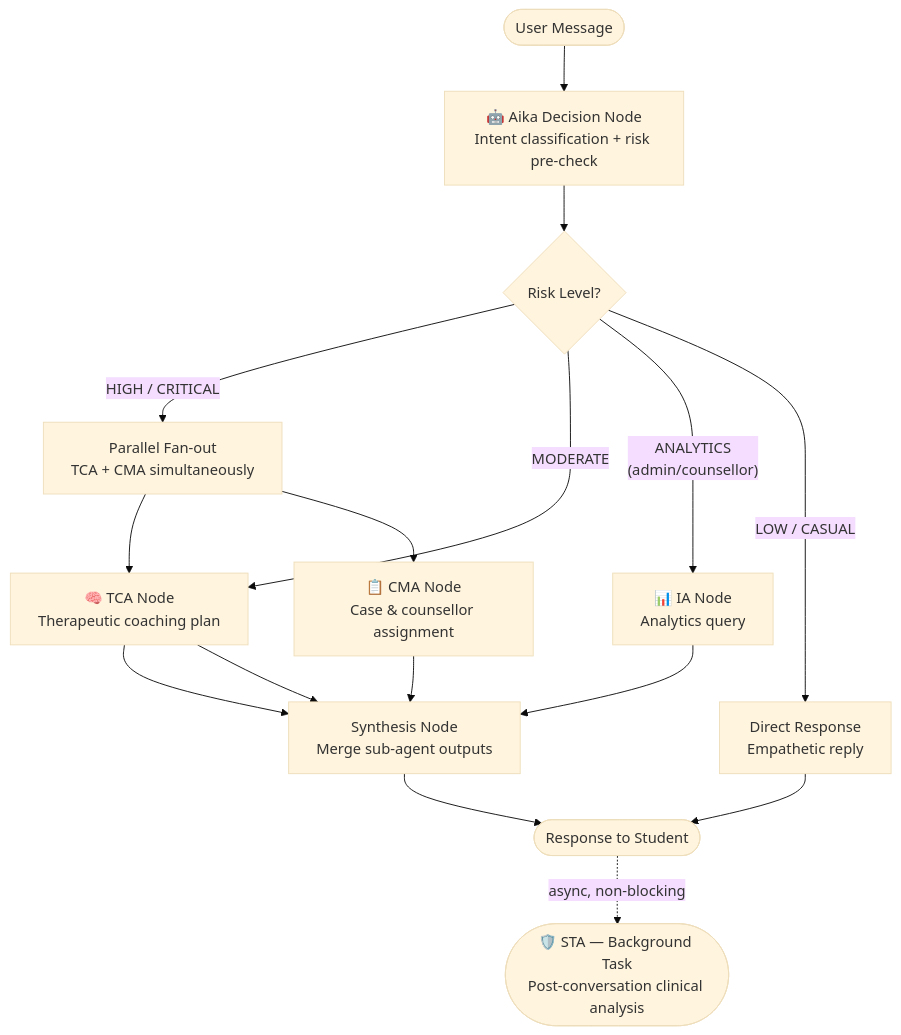
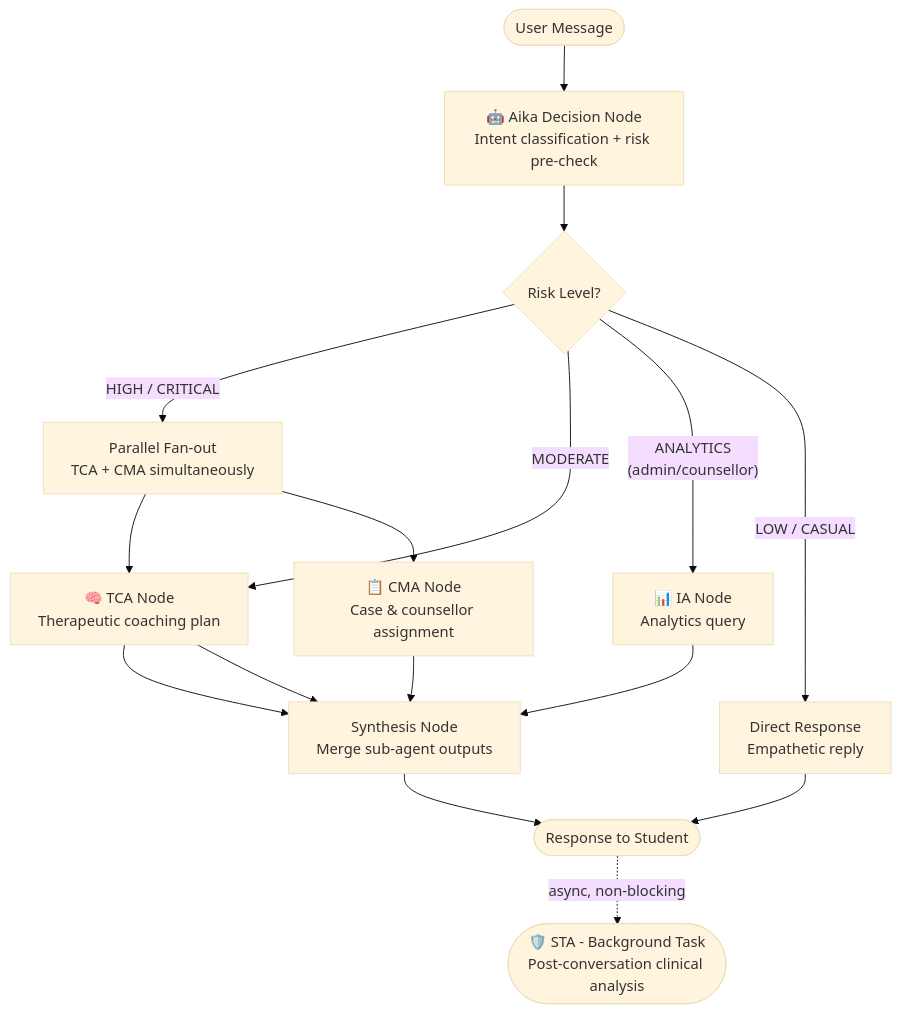
The diagram in docs-site/docs/architecture/agentic-framework.md (gigahidjrikaaa/UGM-AICare), drawn with Mermaid (base theme) before and after one commit. The commit also changed other lines of this file and 59 other files, not shown here.

First line of the commit message:
feat(dashboard): add interactive metrics charts and micro trends components

````diff
--- a/docs-site/docs/architecture/agentic-framework.md
+++ b/docs-site/docs/architecture/agentic-framework.md
@@ -33,31 +35,31 @@
 ```mermaid
 flowchart TD
     START([User Message])
     AIKA[🤖 Aika Decision Node\nIntent classification + risk pre-check]
     CRISIS{Risk Level?}
     PAR[Parallel Fan-out\nTCA + CMA simultaneously]
     TCA_N[🧠 TCA Node\nTherapeutic coaching plan]
     CMA_N[📋 CMA Node\nCase & counsellor assignment]
     IA_N[📊 IA Node\nAnalytics query]
     SYNTH[Synthesis Node\nMerge sub-agent outputs]
     DIRECT[Direct Response\nEmpathetic reply]
     END_N([Response to Student])
 
-    STA_BG([🛡️ STA — Background Task\nPost-conversation clinical analysis])
+    STA_BG([🛡️ STA - Background Task\nPost-conversation clinical analysis])
 
     START --> AIKA
     AIKA --> CRISIS
     CRISIS -- "HIGH / CRITICAL" --> PAR
     PAR --> TCA_N
     PAR --> CMA_N
     TCA_N --> SYNTH
     CMA_N --> SYNTH
     CRISIS -- "MODERATE" --> TCA_N
     TCA_N --> SYNTH
     CRISIS -- "ANALYTICS\n(admin/counsellor)" --> IA_N
     IA_N --> SYNTH
     CRISIS -- "LOW / CASUAL" --> DIRECT
     SYNTH --> END_N
     DIRECT --> END_N
     END_N -.->|async, non-blocking| STA_BG
 ```
````
